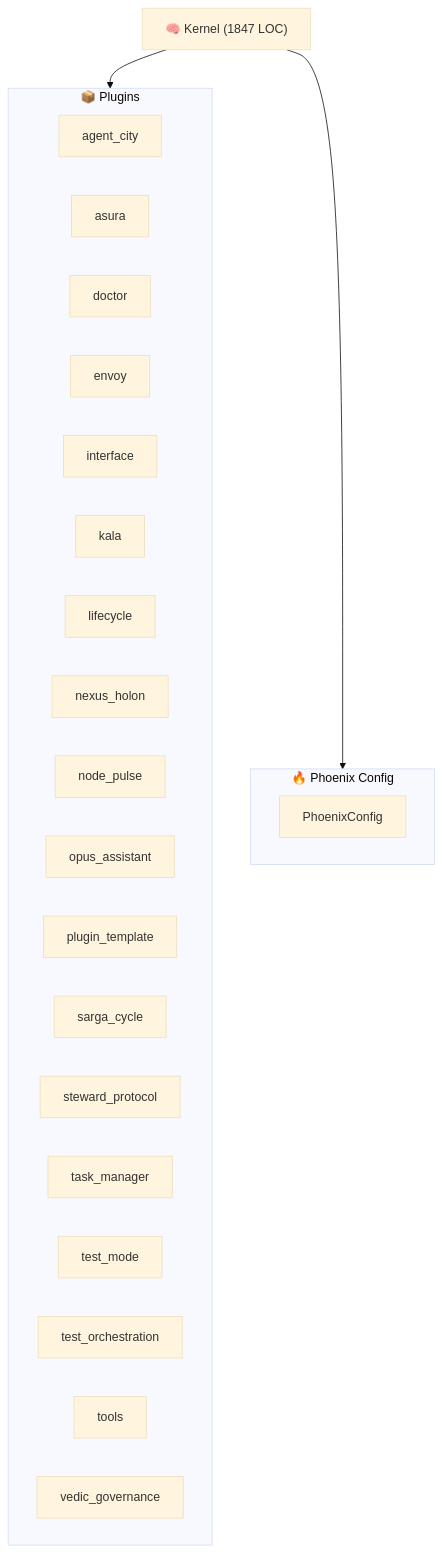
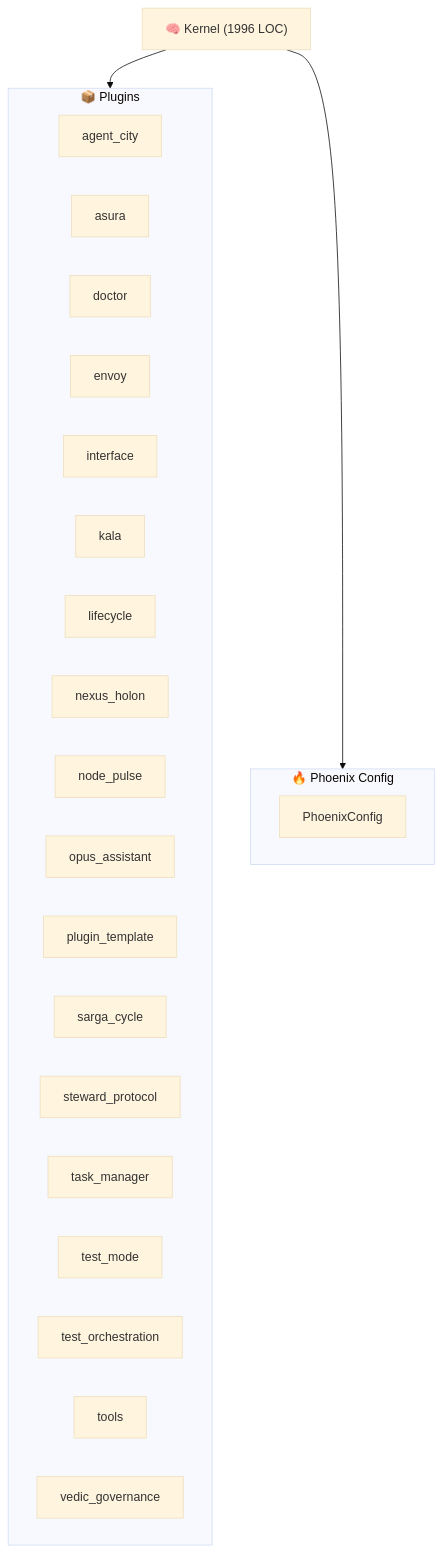
The diagram in ARCHITECTURE.md (kimeisele/steward-protocol), drawn with Mermaid (base theme) before and after one commit. The commit also changed other lines of this file and 5 other files, not shown here.

````diff
--- a/ARCHITECTURE.md
+++ b/ARCHITECTURE.md
@@ -8,29 +8,29 @@
 ```mermaid
 graph TB
-    K["🧠 Kernel (1847 LOC)"]
+    K["🧠 Kernel (1996 LOC)"]
     subgraph Plugins["📦 Plugins"]
         P_agent_city["agent_city"]
         P_asura["asura"]
         P_doctor["doctor"]
         P_envoy["envoy"]
         P_interface["interface"]
         P_kala["kala"]
         P_lifecycle["lifecycle"]
         P_nexus_holon["nexus_holon"]
         P_node_pulse["node_pulse"]
         P_opus_assistant["opus_assistant"]
         P_plugin_template["plugin_template"]
         P_sarga_cycle["sarga_cycle"]
         P_steward_protocol["steward_protocol"]
         P_task_manager["task_manager"]
         P_test_mode["test_mode"]
         P_test_orchestration["test_orchestration"]
         P_tools["tools"]
         P_vedic_governance["vedic_governance"]
     end
     K --> Plugins
     subgraph Config["🔥 Phoenix Config"]
         PC[PhoenixConfig]
     end
     K --> Config
 ```
````
